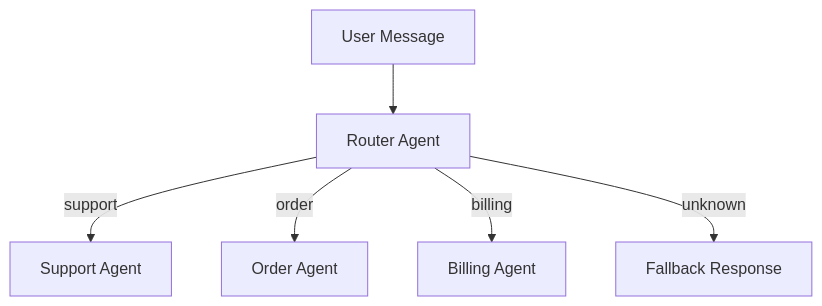
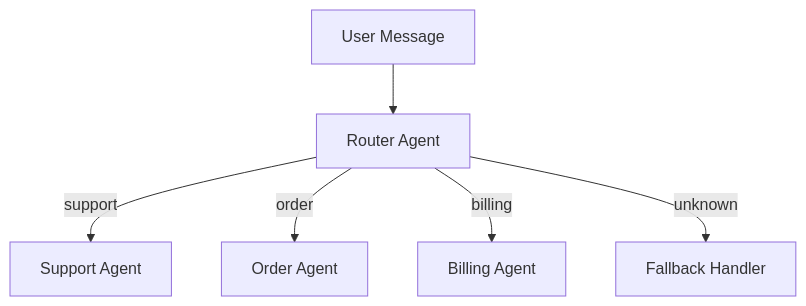
Before and after one commit to nagajaideep/AI-powered-customer-support-: the third of 4 diagrams in README.md, drawn with Mermaid. The commit also changed other lines of this file, not shown here.

````diff
--- a/README.md
+++ b/README.md
@@ -80,17 +130,16 @@
 ```mermaid
 flowchart TD
 
   USER_MSG[User Message]
   ROUTER[Router Agent]
   SUPPORT[Support Agent]
   ORDER[Order Agent]
   BILLING[Billing Agent]
-  FALLBACK[Fallback Response]
+  FALLBACK[Fallback Handler]
 
   USER_MSG --> ROUTER
-
   ROUTER -->|support| SUPPORT
   ROUTER -->|order| ORDER
   ROUTER -->|billing| BILLING
   ROUTER -->|unknown| FALLBACK
 ```
````
